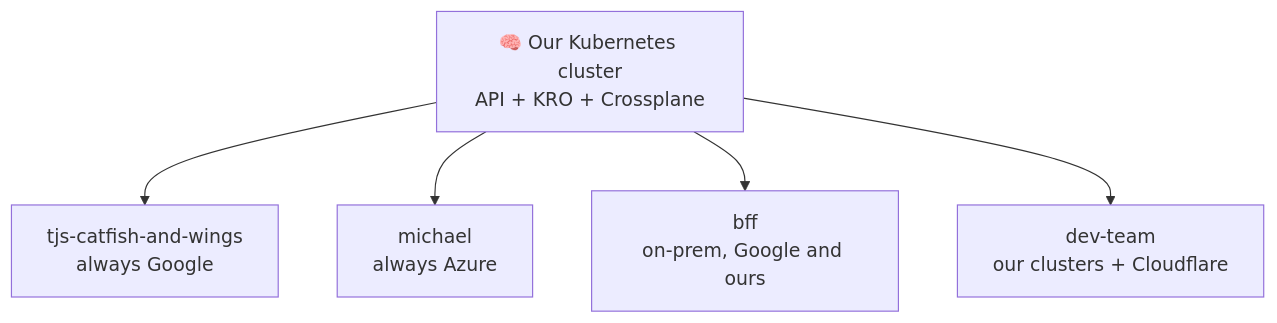
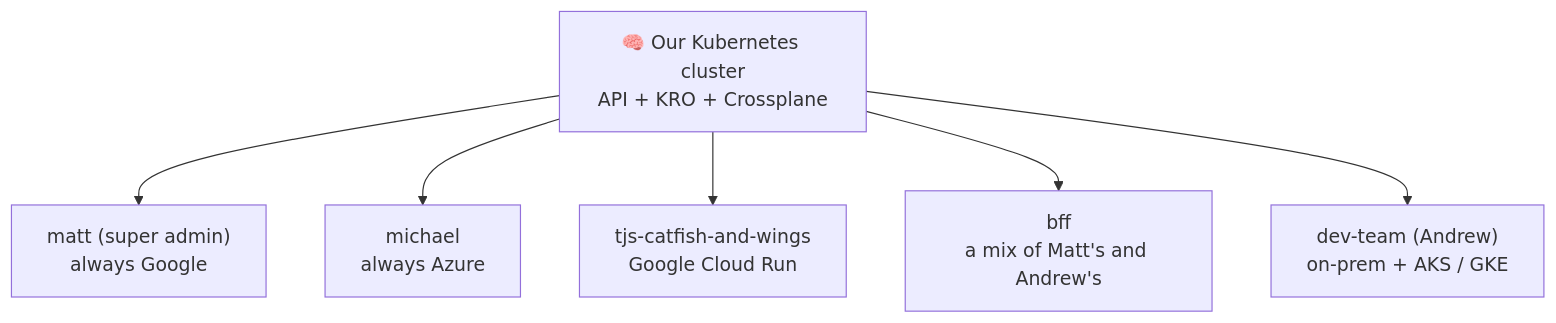
Before and after one commit to external-systems/explain-kube-to-me: the second of 3 diagrams in documentation/docs/payload-sites.md, drawn with Mermaid. The commit also changed other lines of this file and 26 other files, not shown here.

First line of the commit message:
Round 7: flat fills, steady speaker view, timeline hub, CNCF governance

````diff
--- a/documentation/docs/payload-sites.md
+++ b/documentation/docs/payload-sites.md
@@ -69,7 +69,8 @@
 ```mermaid
 flowchart TB
-    B["🧠 Our Kubernetes cluster<br/>API + KRO + Crossplane"] --> T1["tjs-catfish-and-wings<br/>always Google"]
-    B --> T2["michael<br/>always Azure"]
-    B --> T3["bff<br/>on-prem, Google and ours"]
-    B --> T4["dev-team<br/>our clusters + Cloudflare"]
+    B["🧠 Our Kubernetes cluster<br/>API + KRO + Crossplane"] --> T0["matt (super admin)<br/>always Google"]
+    B --> T1["michael<br/>always Azure"]
+    B --> T2["tjs-catfish-and-wings<br/>Google Cloud Run"]
+    B --> T3["bff<br/>a mix of Matt's and Andrew's"]
+    B --> T4["dev-team (Andrew)<br/>on-prem + AKS / GKE"]
 ```
````
